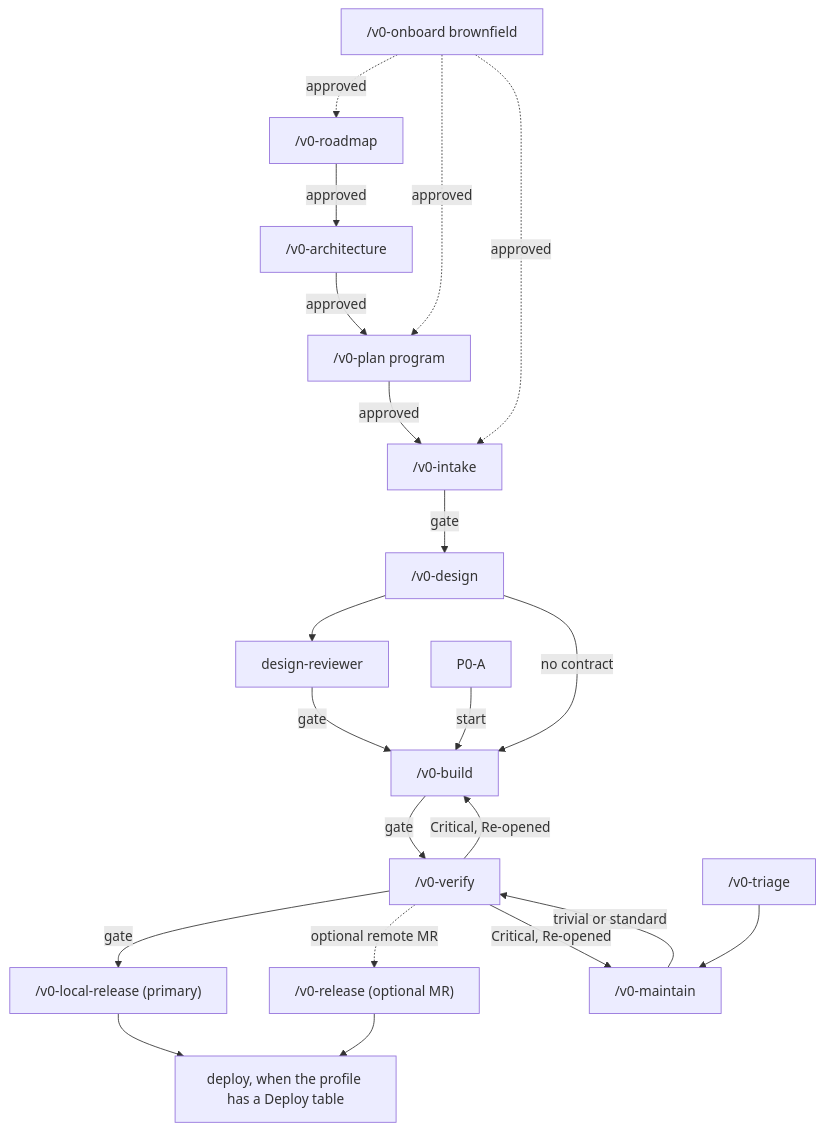
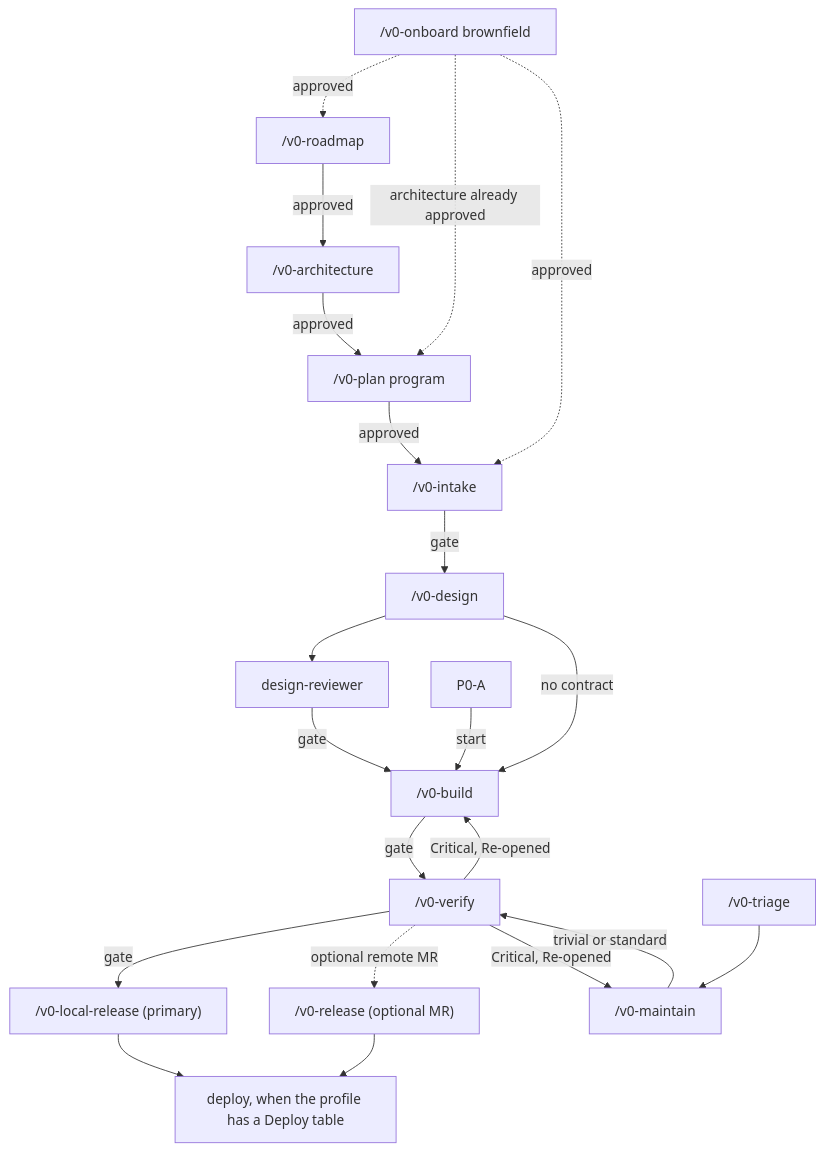
The diagram in templates/docs/agents-v0/agents-v0-kit.md (mdurana/agents-v0-kit), drawn with Mermaid before and after one commit. The commit also changed other lines of this file and 18 other files, not shown here.

````diff
--- a/templates/docs/agents-v0/agents-v0-kit.md
+++ b/templates/docs/agents-v0/agents-v0-kit.md
@@ -9,39 +9,39 @@
 ```mermaid
 flowchart TD
   onboard["/v0-onboard brownfield"]
   roadmap["/v0-roadmap"]
   arch["/v0-architecture"]
   plan["/v0-plan program"]
   intake["/v0-intake"]
   design["/v0-design"]
   dreview["design-reviewer"]
   build["/v0-build"]
   p0["P0-A"]
   verify["/v0-verify"]
   localrel["/v0-local-release (primary)"]
   release["/v0-release (optional MR)"]
   deploy["deploy, when the profile has a Deploy table"]
   triage["/v0-triage"]
   maintain["/v0-maintain"]
 
   onboard -.->|approved| roadmap
-  onboard -.->|approved| plan
+  onboard -.->|architecture already approved| plan
   onboard -.->|approved| intake
   roadmap -->|approved| arch
   arch -->|approved| plan
   plan -->|approved| intake
   intake -->|gate| design
   design --> dreview
   dreview -->|gate| build
   design -->|no contract| build
   p0 -->|start| build
   build -->|gate| verify
   verify -->|Critical, Re-opened| build
   verify -->|gate| localrel
   verify -.->|optional remote MR| release
   localrel --> deploy
   release --> deploy
   triage --> maintain
   maintain -->|trivial or standard| verify
   verify -->|Critical, Re-opened| maintain
 ```
````
